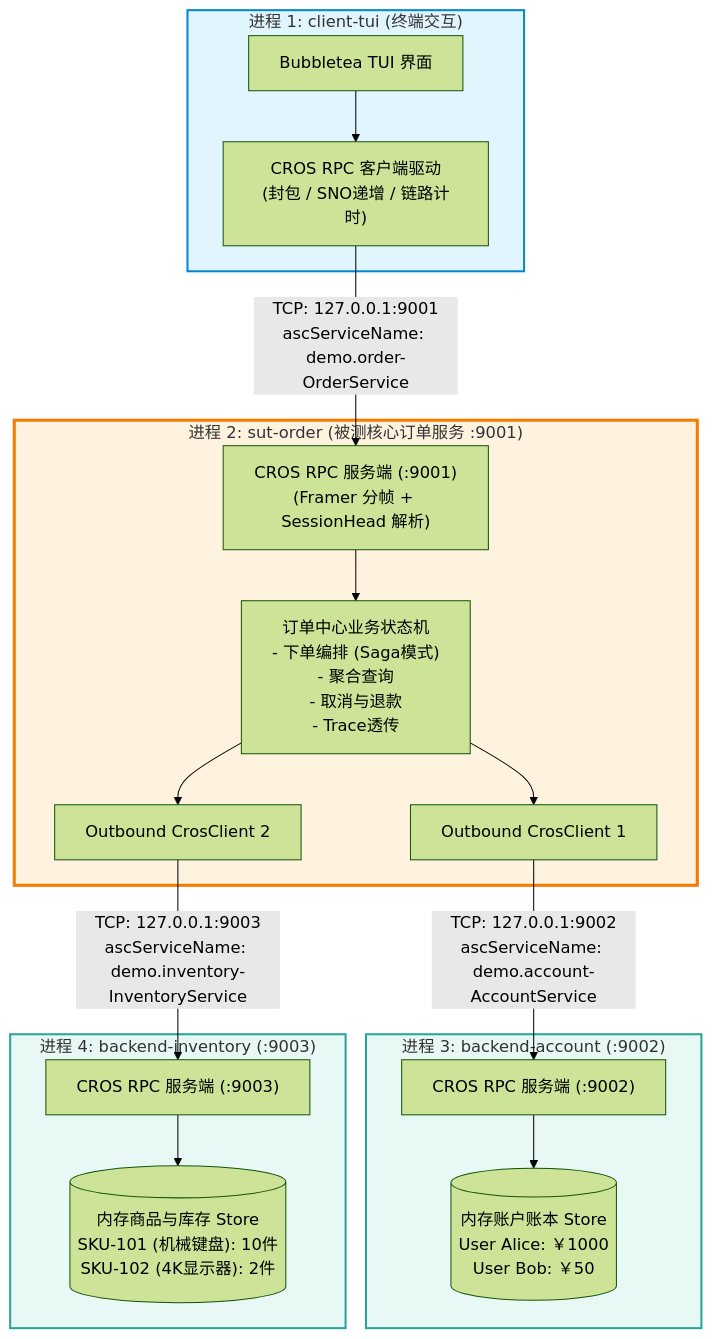
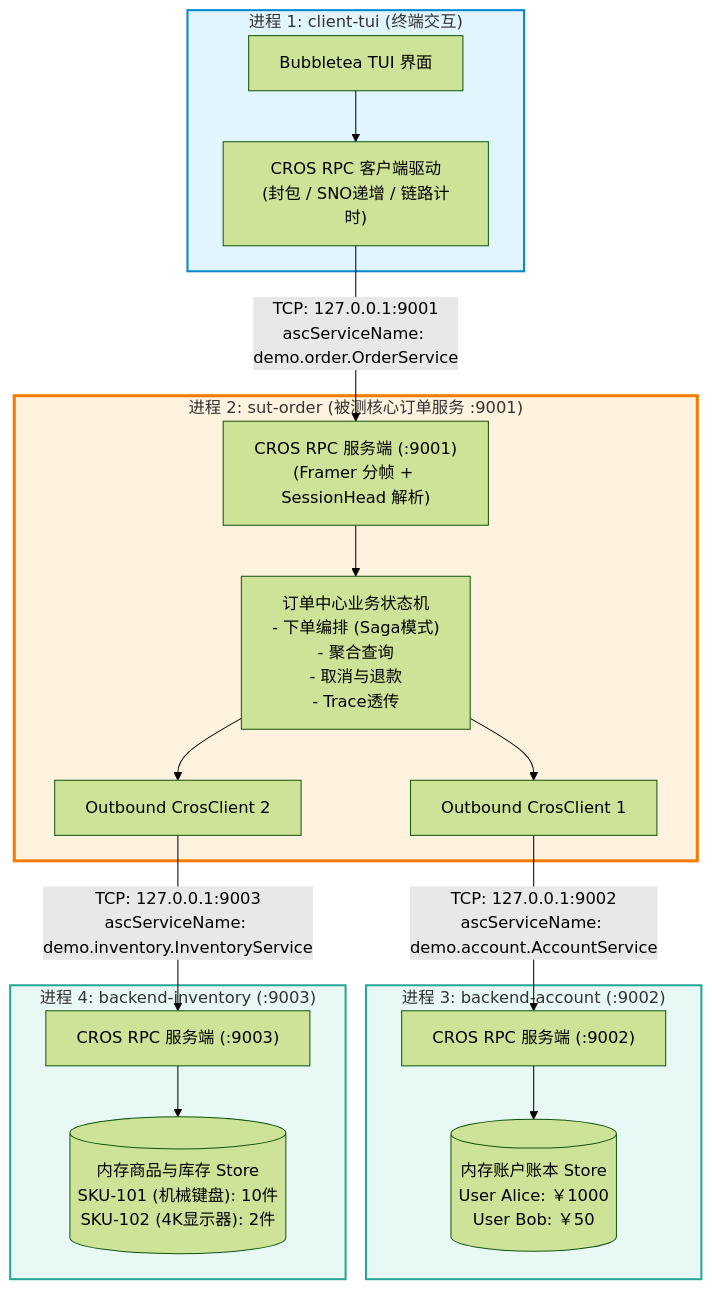
One commit to fugui/code-traefik changed the first of 6 diagrams in demo/docs/01-cros-rpc-demo-app-proposal.md. Above: the diagram before and after it, drawn with Mermaid (forest theme). The commit also changed other lines of this file and 30 other files, not shown here.

Commit message:
refactor: 全系统统一收敛 ascServiceName 为点分规范 ({package}.{serviceName})

````diff
--- a/demo/docs/01-cros-rpc-demo-app-proposal.md
+++ b/demo/docs/01-cros-rpc-demo-app-proposal.md
@@ -84,42 +84,42 @@
 ```mermaid
 flowchart TB
     subgraph ClientProcess["进程 1: client-tui (终端交互)"]
         UI["Bubbletea TUI 界面"]
         ClientCros["CROS RPC 客户端驱动<br/>(封包 / SNO递增 / 链路计时)"]
     end
 
     subgraph SUTProcess["进程 2: sut-order (被测核心订单服务 :9001)"]
         SutServer["CROS RPC 服务端 (:9001)<br/>(Framer 分帧 + SessionHead 解析)"]
         OrderBiz["订单中心业务状态机<br/>- 下单编排 (Saga模式)<br/>- 聚合查询<br/>- 取消与退款<br/>- Trace透传"]
         AccountCli["Outbound CrosClient 1"]
         InventoryCli["Outbound CrosClient 2"]
     end
 
     subgraph Backend1["进程 3: backend-account (:9002)"]
         AccServer["CROS RPC 服务端 (:9002)"]
         AccMem[("内存账户账本 Store<br/>User Alice: ￥1000<br/>User Bob: ￥50")]
     end
 
     subgraph Backend2["进程 4: backend-inventory (:9003)"]
         InvServer["CROS RPC 服务端 (:9003)"]
         InvMem[("内存商品与库存 Store<br/>SKU-101 (机械键盘): 10件<br/>SKU-102 (4K显示器): 2件")]
     end
 
     UI --> ClientCros
-    ClientCros -- "TCP: 127.0.0.1:9001<br/>ascServiceName: demo.order-OrderService" --> SutServer
+    ClientCros -- "TCP: 127.0.0.1:9001<br/>ascServiceName: demo.order.OrderService" --> SutServer
     SutServer --> OrderBiz
     OrderBiz --> AccountCli
     OrderBiz --> InventoryCli
-    AccountCli -- "TCP: 127.0.0.1:9002<br/>ascServiceName: demo.account-AccountService" --> AccServer
-    InventoryCli -- "TCP: 127.0.0.1:9003<br/>ascServiceName: demo.inventory-InventoryService" --> InvServer
+    AccountCli -- "TCP: 127.0.0.1:9002<br/>ascServiceName: demo.account.AccountService" --> AccServer
+    InventoryCli -- "TCP: 127.0.0.1:9003<br/>ascServiceName: demo.inventory.InventoryService" --> InvServer
     AccServer --> AccMem
     InvServer --> InvMem
 
     classDef client fill:#e1f5fe,stroke:#0288d1,stroke-width:2px;
     classDef sut fill:#fff3e0,stroke:#f57c00,stroke-width:3px;
     classDef backend fill:#e8f8f5,stroke:#26a69a,stroke-width:2px;
 
     class ClientProcess client;
     class SUTProcess sut;
     class Backend1,Backend2 backend;
 ```
````
